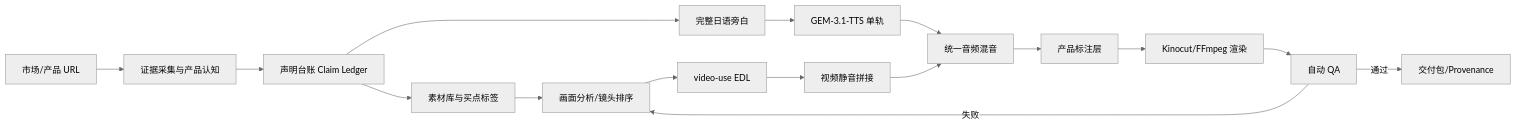
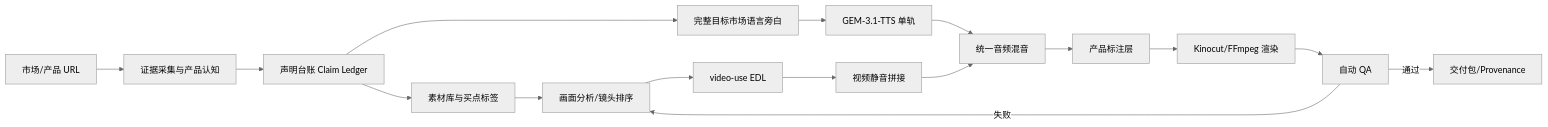
Before and after one commit to peipeijiang/product-ugc-montage: the diagram in README.md, drawn with Mermaid (neutral theme). The commit also changed other lines of this file and 27 other files, not shown here.

````diff
--- a/README.md
+++ b/README.md
@@ -17,18 +17,18 @@
 ```mermaid
 flowchart LR
     A[市场/产品 URL] --> B[证据采集与产品认知]
     B --> C[声明台账 Claim Ledger]
     C --> D[素材库与买点标签]
     D --> E[画面分析/镜头排序]
-    C --> F[完整日语旁白]
+    C --> F[完整目标市场语言旁白]
     F --> G[GEM-3.1-TTS 单轨]
     G --> H[统一音频混音]
     E --> I[video-use EDL]
     I --> J[视频静音拼接]
     J --> H
     H --> K[产品标注层]
     K --> L[Kinocut/FFmpeg 渲染]
     L --> M[自动 QA]
     M -->|失败| E
     M -->|通过| N[交付包/Provenance]
 ```
````
